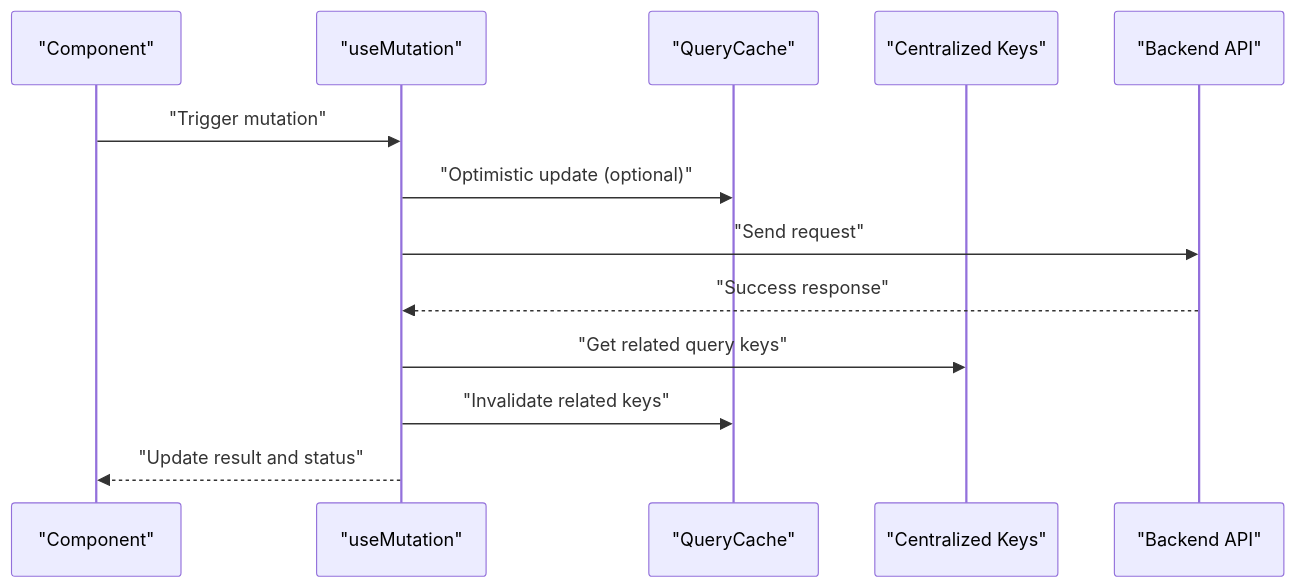
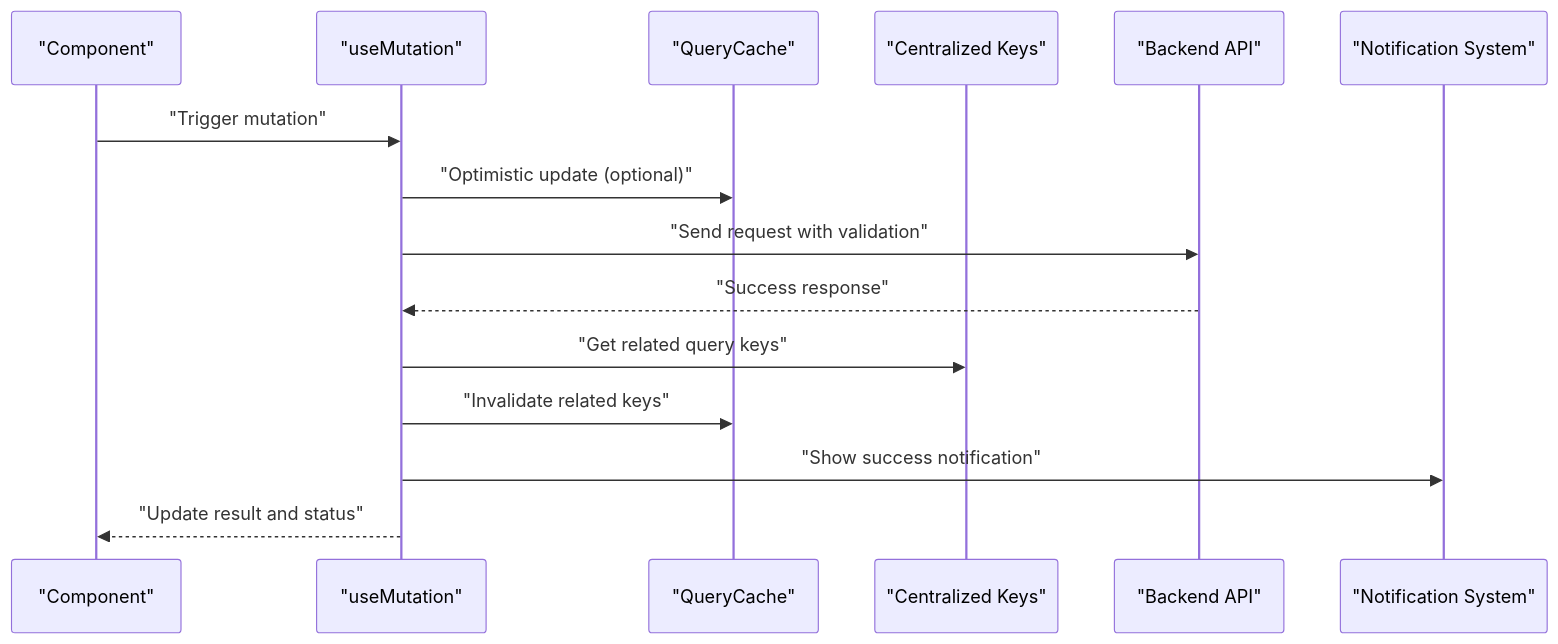
The fifth of 5 diagrams in .qoder/repowiki/en/content/System Architecture/Frontend Architecture/State Management/React Query Integration.md (franckylab/eLISAschool), drawn with Mermaid before and after one commit. The commit also changed other lines of this file and 19 other files, not shown here.

````diff
--- a/.qoder/repowiki/en/content/System Architecture/Frontend Architecture/State Management/React Query Integration.md
+++ b/.qoder/repowiki/en/content/System Architecture/Frontend Architecture/State Management/React Query Integration.md
@@ -278,15 +314,17 @@
 ```mermaid
 sequenceDiagram
 participant UI as "Component"
 participant Mutate as "useMutation"
 participant Cache as "QueryCache"
 participant Keys as "Centralized Keys"
 participant API as "Backend API"
+participant Toast as "Notification System"
 UI->>Mutate : "Trigger mutation"
 Mutate->>Cache : "Optimistic update (optional)"
-Mutate->>API : "Send request"
+Mutate->>API : "Send request with validation"
 API-->>Mutate : "Success response"
 Mutate->>Keys : "Get related query keys"
 Mutate->>Cache : "Invalidate related keys"
+Mutate->>Toast : "Show success notification"
 Mutate-->>UI : "Update result and status"
 ```
````
